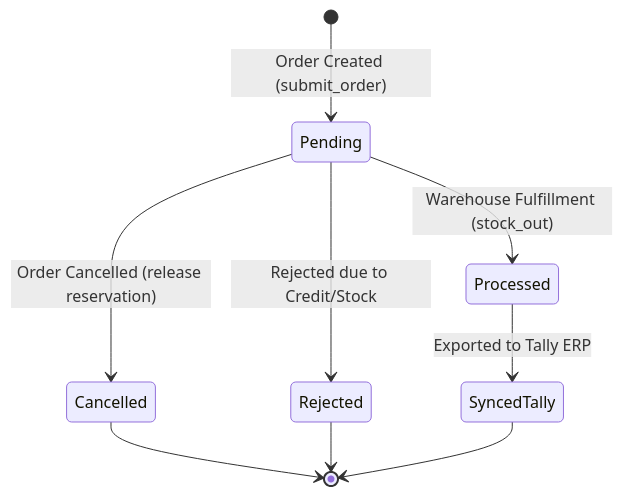
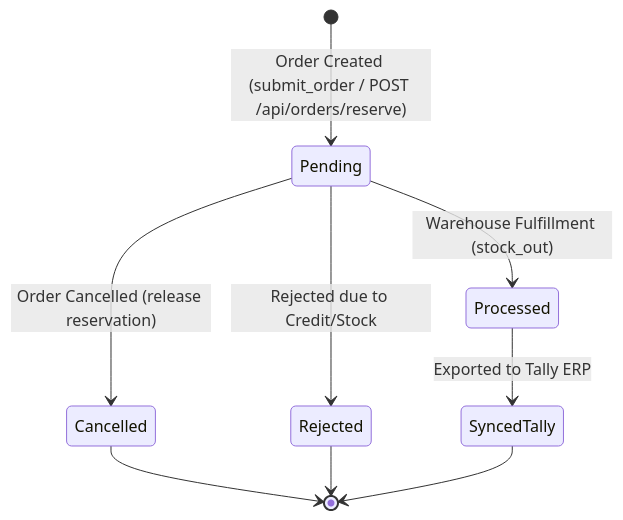
One commit to dheeraj-srma/Business-Ops-Platform changed the diagram in docs/INVENTORY_BUSINESS_RULES.md. Above: the diagram before and after it, drawn with Mermaid. The commit also changed other lines of this file and 20 other files, not shown here.

````diff
--- a/docs/INVENTORY_BUSINESS_RULES.md
+++ b/docs/INVENTORY_BUSINESS_RULES.md
@@ -86,11 +98,11 @@
 ```mermaid
 stateDiagram-v2
-    [*] --> Pending: Order Created (submit_order)
+    [*] --> Pending: Order Created (submit_order / POST /api/orders/reserve)
     Pending --> Processed: Warehouse Fulfillment (stock_out)
     Pending --> Cancelled: Order Cancelled (release reservation)
     Pending --> Rejected: Rejected due to Credit/Stock
     Processed --> SyncedTally: Exported to Tally ERP
     Cancelled --> [*]
     Rejected --> [*]
     SyncedTally --> [*]
 ```
````
